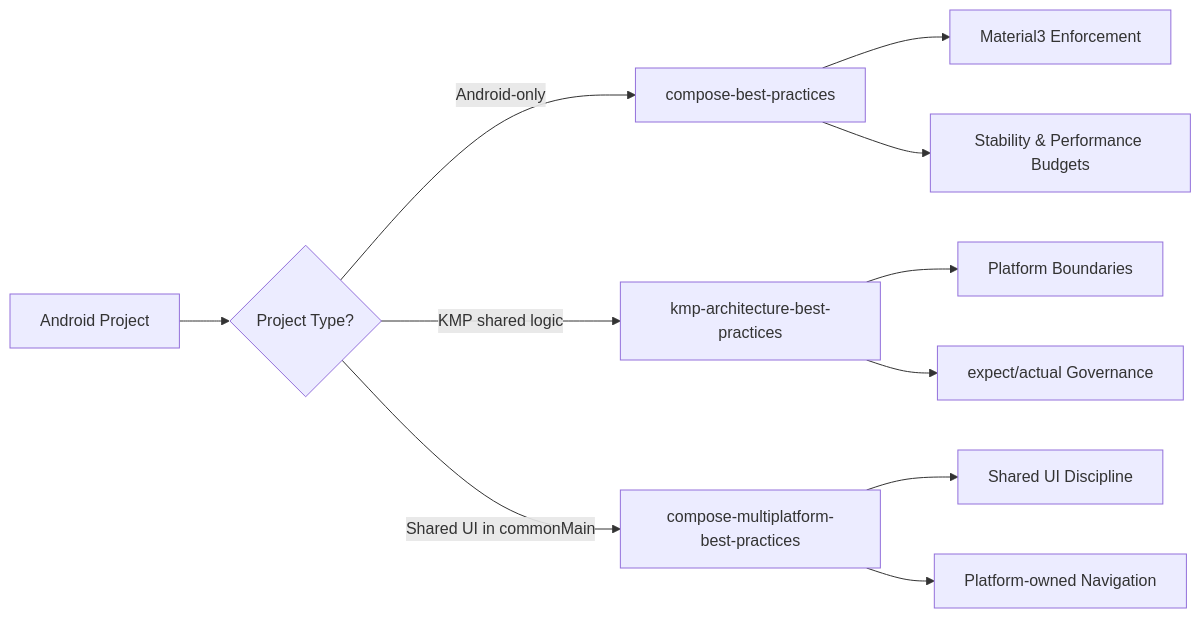
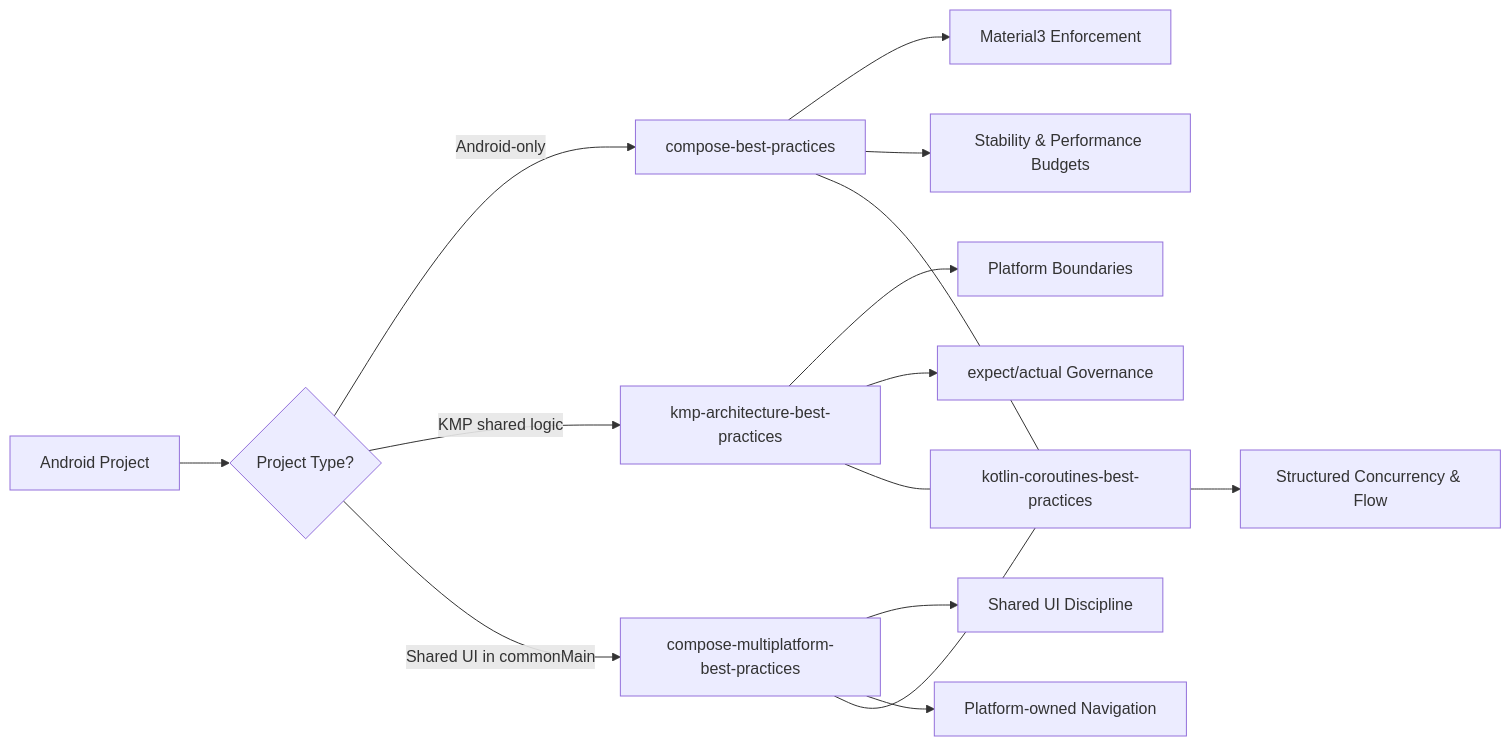
Before and after one commit to noloman/Android-AI-skills: the first of 3 diagrams in README.md, drawn with Mermaid. The commit also changed other lines of this file and 11 other files, not shown here.

First line of the commit message:
feat: add kotlin-coroutines-best-practices skill

````diff
--- a/README.md
+++ b/README.md
@@ -57,17 +57,23 @@
 ```mermaid
 flowchart LR
     A[Android Project] --> B{Project Type?}
 
     B -->|Android-only| C[compose-best-practices]
     B -->|KMP shared logic| D[kmp-architecture-best-practices]
     B -->|Shared UI in commonMain| E[compose-multiplatform-best-practices]
 
     C --> F[Material3 Enforcement]
     C --> G[Stability & Performance Budgets]
 
     D --> H[Platform Boundaries]
     D --> I[expect/actual Governance]
 
     E --> J[Shared UI Discipline]
     E --> K[Platform-owned Navigation]
+
+    L[kotlin-coroutines-best-practices]
+    C --- L
+    D --- L
+    E --- L
+    L --> M[Structured Concurrency & Flow]
 ```
````
